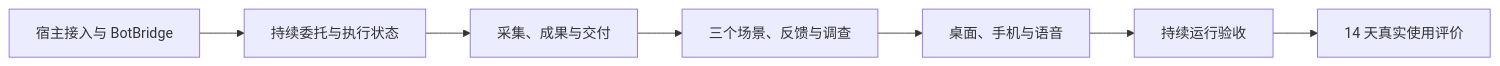
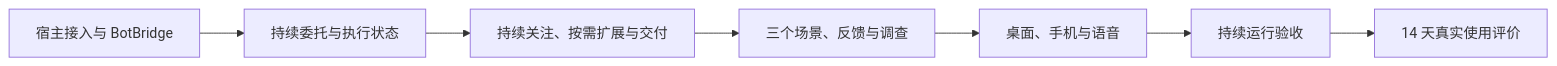
The diagram in docs/DEVELOPMENT_PLAN.md (Jonah-Wu23/dsh-icarus), drawn with Mermaid before and after one commit. The commit also changed other lines of this file and 45 other files, not shown here.

````diff
--- a/docs/DEVELOPMENT_PLAN.md
+++ b/docs/DEVELOPMENT_PLAN.md
@@ -149,9 +164,9 @@
 ```mermaid
 flowchart LR
     M1[宿主接入与 BotBridge] --> M2[持续委托与执行状态]
-    M2 --> M3[采集、成果与交付]
+    M2 --> M3[持续关注、按需扩展与交付]
     M3 --> M4[三个场景、反馈与调查]
     M4 --> M5[桌面、手机与语音]
     M5 --> M6[持续运行验收]
     M6 --> V[14 天真实使用评价]
 ```
````
